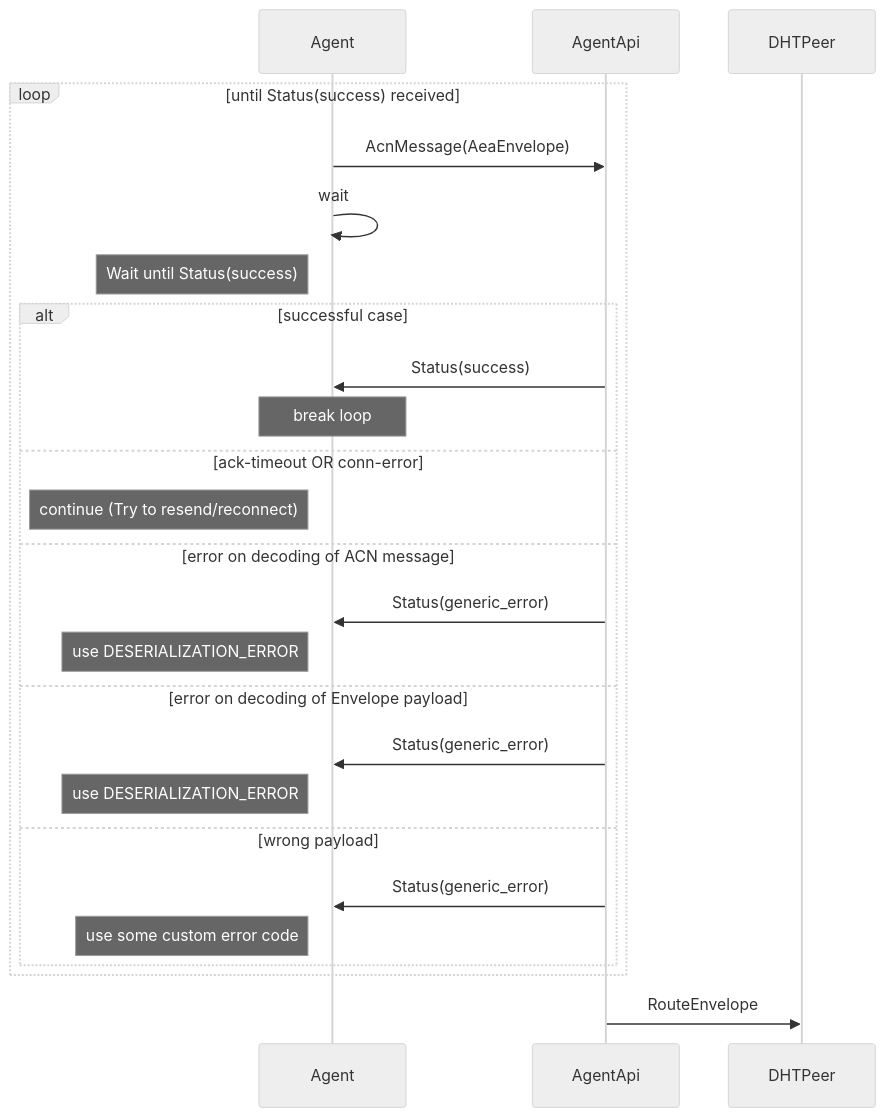
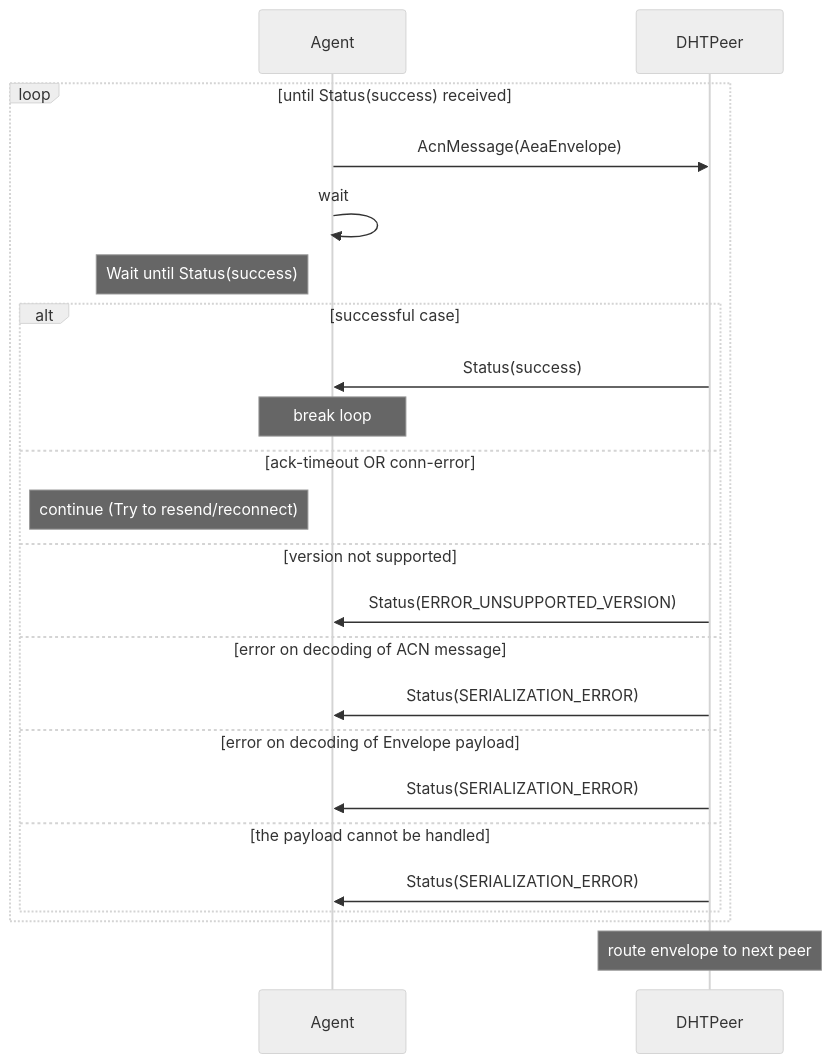
One commit to legendarydeveloper919/agents-aea changed the first of 3 diagrams in docs/acn-internals.md. Above: the diagram before and after it, drawn with Mermaid (neutral theme).

Commit message:
docs: update acn entrance seq diagram

```diff
--- a/docs/acn-internals.md
+++ b/docs/acn-internals.md
@@ -142,27 +142,25 @@
 <div class="mermaid">
     sequenceDiagram
         participant Agent
-        participant AgentApi
         participant DHTPeer
         loop until Status(success) received
-            Agent->>AgentApi: AcnMessage(AeaEnvelope)
+            Agent->>DHTPeer: AcnMessage(AeaEnvelope)
             Agent->>Agent: wait
             note left of Agent: Wait until Status(success)
             alt successful case
-                AgentApi->>Agent: Status(success)
+                DHTPeer->>Agent: Status(success)
                 note over Agent: break loop
             else ack-timeout OR conn-error
                 note left of Agent: continue (Try to resend/reconnect)
+            else version not supported
+                DHTPeer->>Agent: Status(ERROR_UNSUPPORTED_VERSION)
             else error on decoding of ACN message
-                AgentApi->>Agent: Status(generic_error)
-                note left of Agent: use DESERIALIZATION_ERROR
+                DHTPeer->>Agent: Status(SERIALIZATION_ERROR)
             else error on decoding of Envelope payload
-                AgentApi->>Agent: Status(generic_error)
-                note left of Agent: use DESERIALIZATION_ERROR
-            else wrong payload
-                AgentApi->>Agent: Status(generic_error)
-                note left of Agent: use some custom error code
+                DHTPeer->>Agent: Status(SERIALIZATION_ERROR)
+            else the payload cannot be handled
+                DHTPeer->>Agent: Status(SERIALIZATION_ERROR)
             end
         end
-        AgentApi ->> DHTPeer: RouteEnvelope
+        note over DHTPeer: route envelope to next peer
 </div>
```
